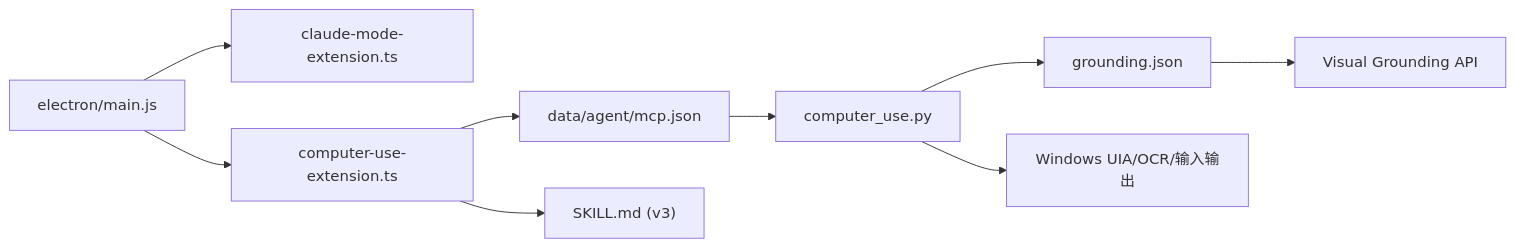
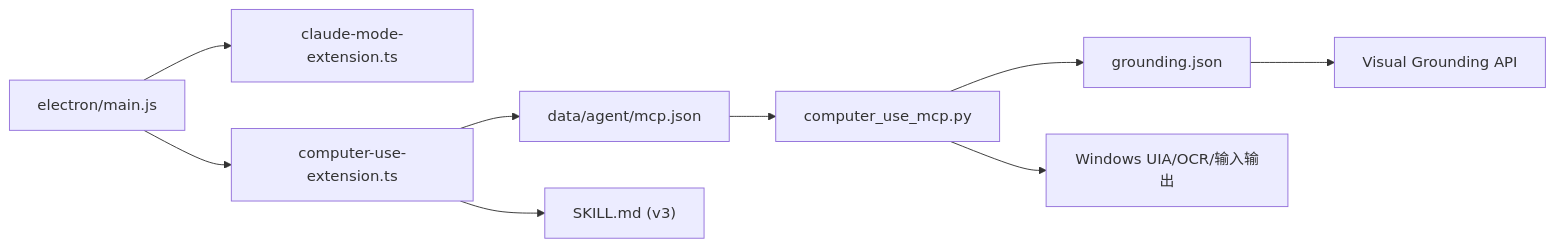
One commit to swond-Mao/Tiffa changed the fourth of 4 diagrams in .qoder/repowiki/zh/content/技能系统/计算机使用技能/计算机使用技能.md. Above: the diagram before and after it, drawn with Mermaid. The commit also changed other lines of this file and 22 other files, not shown here.

````diff
--- a/.qoder/repowiki/zh/content/技能系统/计算机使用技能/计算机使用技能.md
+++ b/.qoder/repowiki/zh/content/技能系统/计算机使用技能/计算机使用技能.md
@@ -262,11 +271,11 @@
 ```mermaid
 graph LR
 MAIN["electron/main.js"] --> EXT1["claude-mode-extension.ts"]
 MAIN --> EXT2["computer-use-extension.ts"]
 EXT2 --> MCPJSON["data/agent/mcp.json"]
 EXT2 --> SKILL["SKILL.md (v3)"]
-MCPJSON --> MCPSRV["computer_use.py"]
+MCPJSON --> MCPSRV["computer_use_mcp.py"]
 MCPSRV --> GROUNDING["grounding.json"]
 MCPSRV --> OS["Windows UIA/OCR/输入输出"]
 GROUNDING --> VLM["Visual Grounding API"]
 ```
````
